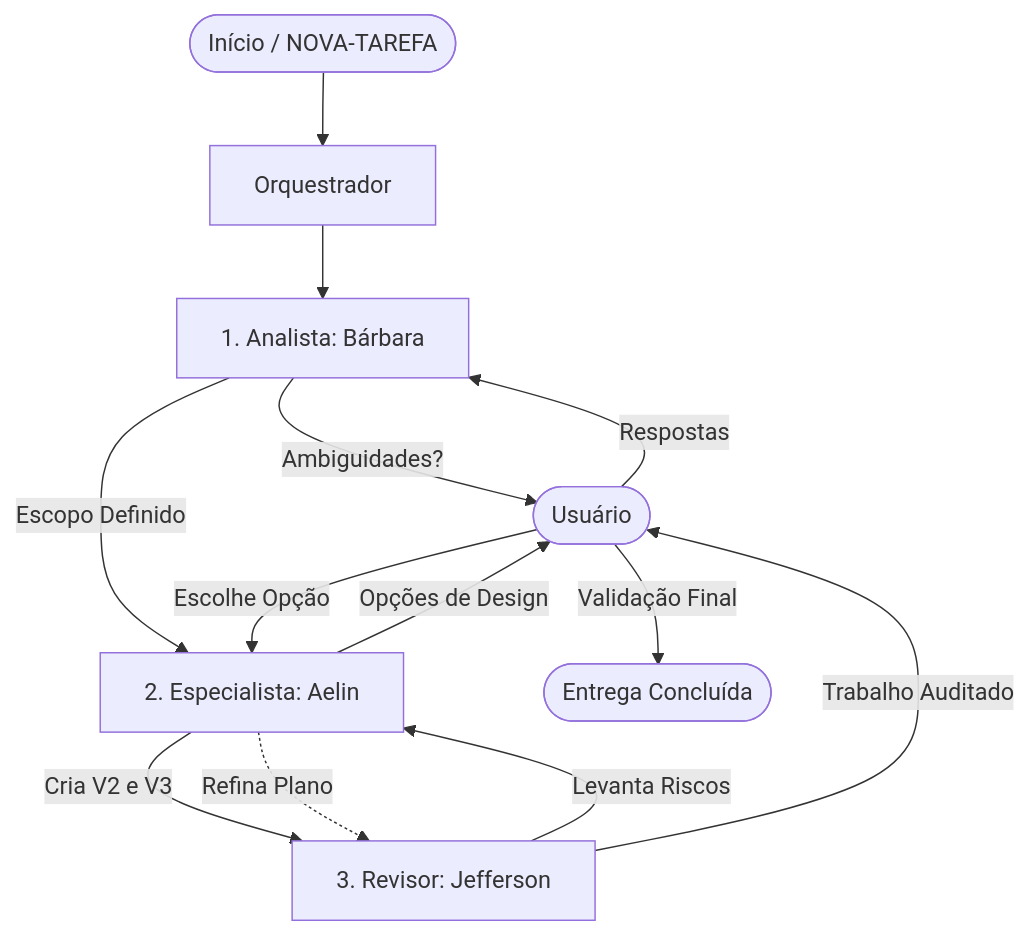
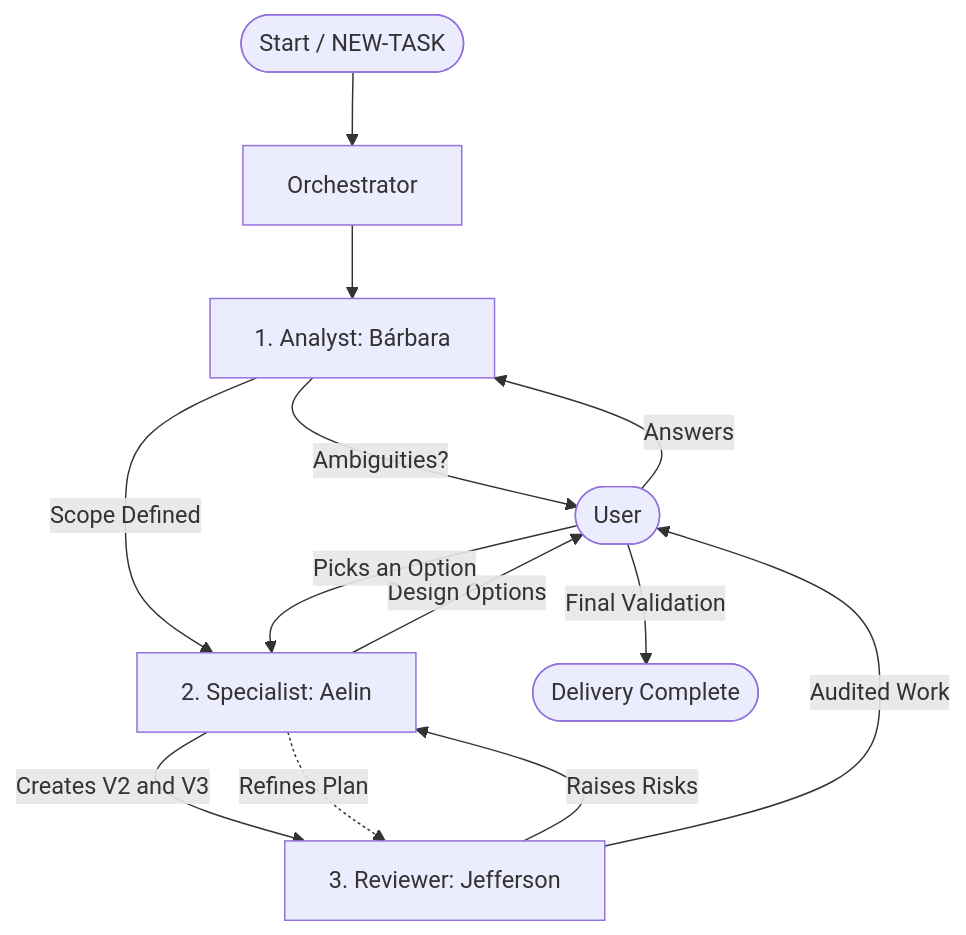
The second of 2 diagrams in README.md (aelinrezende/pipa), drawn with Mermaid before and after one commit. The commit also changed other lines of this file and 2 other files, not shown here.

````diff
--- a/README.md
+++ b/README.md
@@ -43,15 +43,15 @@
 ```mermaid
 graph TD
-    Start([Início / NOVA-TAREFA]) --> Orquestrador[Orquestrador]
-    Orquestrador --> PM[1. Analista: Bárbara]
-    PM -->|Ambiguidades?| User([Usuário])
-    User -->|Respostas| PM
-    PM -->|Escopo Definido| Creator[2. Especialista: Aelin]
-    Creator -->|Opções de Design| User
-    User -->|Escolhe Opção| Creator
-    Creator -->|Cria V2 e V3| Reviewer[3. Revisor: Jefferson]
-    Reviewer -->|Levanta Riscos| Creator
-    Creator -.->|Refina Plano| Reviewer
-    Reviewer -->|Trabalho Auditado| User
-    User -->|Validação Final| End([Entrega Concluída])
+    Start([Start / NEW-TASK]) --> Orchestrator[Orchestrator]
+    Orchestrator --> PM[1. Analyst: Bárbara]
+    PM -->|Ambiguities?| User([User])
+    User -->|Answers| PM
+    PM -->|Scope Defined| Creator[2. Specialist: Aelin]
+    Creator -->|Design Options| User
+    User -->|Picks an Option| Creator
+    Creator -->|Creates V2 and V3| Reviewer[3. Reviewer: Jefferson]
+    Reviewer -->|Raises Risks| Creator
+    Creator -.->|Refines Plan| Reviewer
+    Reviewer -->|Audited Work| User
+    User -->|Final Validation| End([Delivery Complete])
 ```
````
